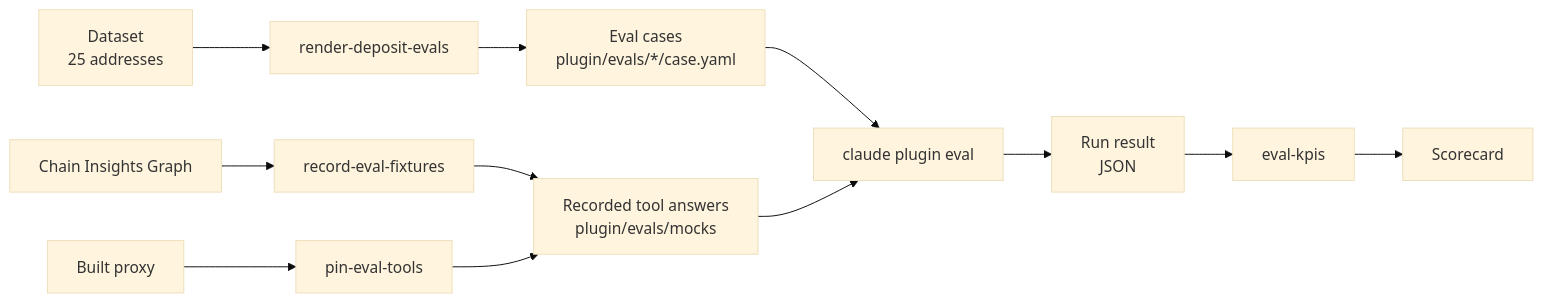
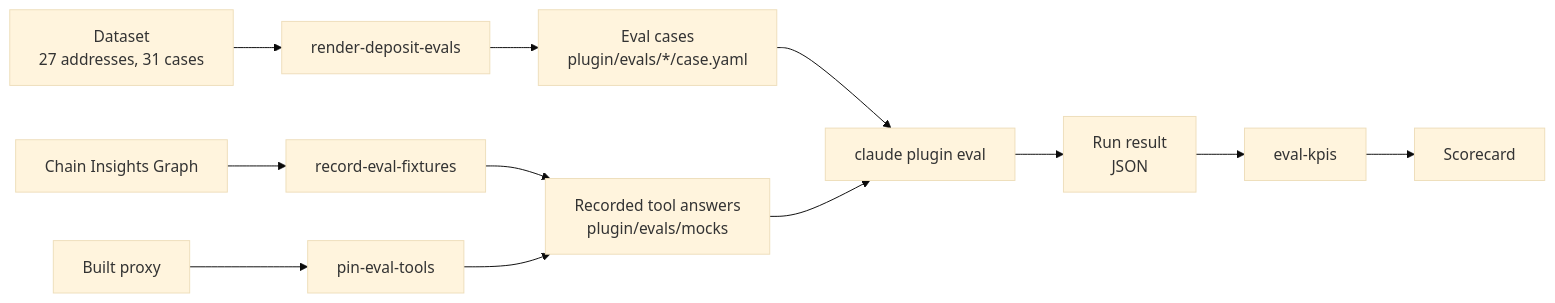
One commit to chainswarm/chain-insights changed the diagram in docs/evals.md. Above: the diagram before and after it, drawn with Mermaid (base theme). The commit also changed other lines of this file and 12 other files, not shown here.

````diff
--- a/docs/evals.md
+++ b/docs/evals.md
@@ -19,14 +19,14 @@
 ```mermaid
 flowchart LR
-    D[Dataset<br/>25 addresses] --> R[render-deposit-evals]
+    D[Dataset<br/>27 addresses, 31 cases] --> R[render-deposit-evals]
     R --> C[Eval cases<br/>plugin/evals/*/case.yaml]
     G[Chain Insights Graph] --> F[record-eval-fixtures]
     F --> M[Recorded tool answers<br/>plugin/evals/mocks]
     P[Built proxy] --> T[pin-eval-tools]
     T --> M
     C --> E[claude plugin eval]
     M --> E
     E --> J[Run result<br/>JSON]
     J --> K[eval-kpis]
     K --> S[Scorecard]
 ```
````
